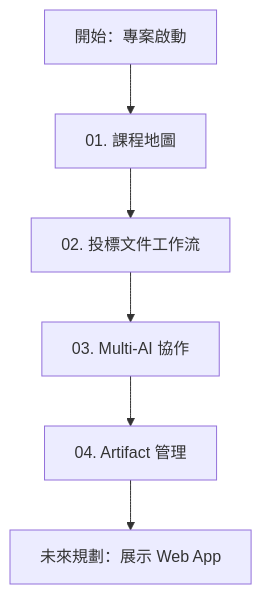
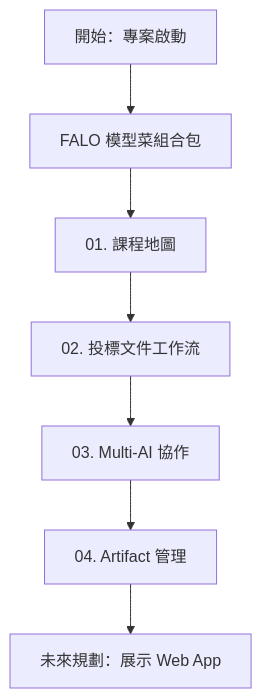
Before and after one commit to falo-chinese/skyline-class: the diagram in class2/workbench/index.md, drawn with Mermaid. The commit also changed other lines of this file and 10 other files, not shown here.

Commit message:
feat: move FALO Set Menu to a dedicated page and update all sidebars/navigation

````diff
--- a/class2/workbench/index.md
+++ b/class2/workbench/index.md
@@ -13,8 +13,9 @@
 ```mermaid
 graph TD
-    Start[開始：專案啟動] --> Map[01. 課程地圖]
+    Start[開始：專案啟動] --> SetMenu[FALO 模型菜組合包]
+    SetMenu --> Map[01. 課程地圖]
     Map --> Flow[02. 投標文件工作流]
     Flow --> MultiAI[03. Multi-AI 協作]
     MultiAI --> Artifact[04. Artifact 管理]
     Artifact --> Demo[未來規劃：展示 Web App]
 ```
````
